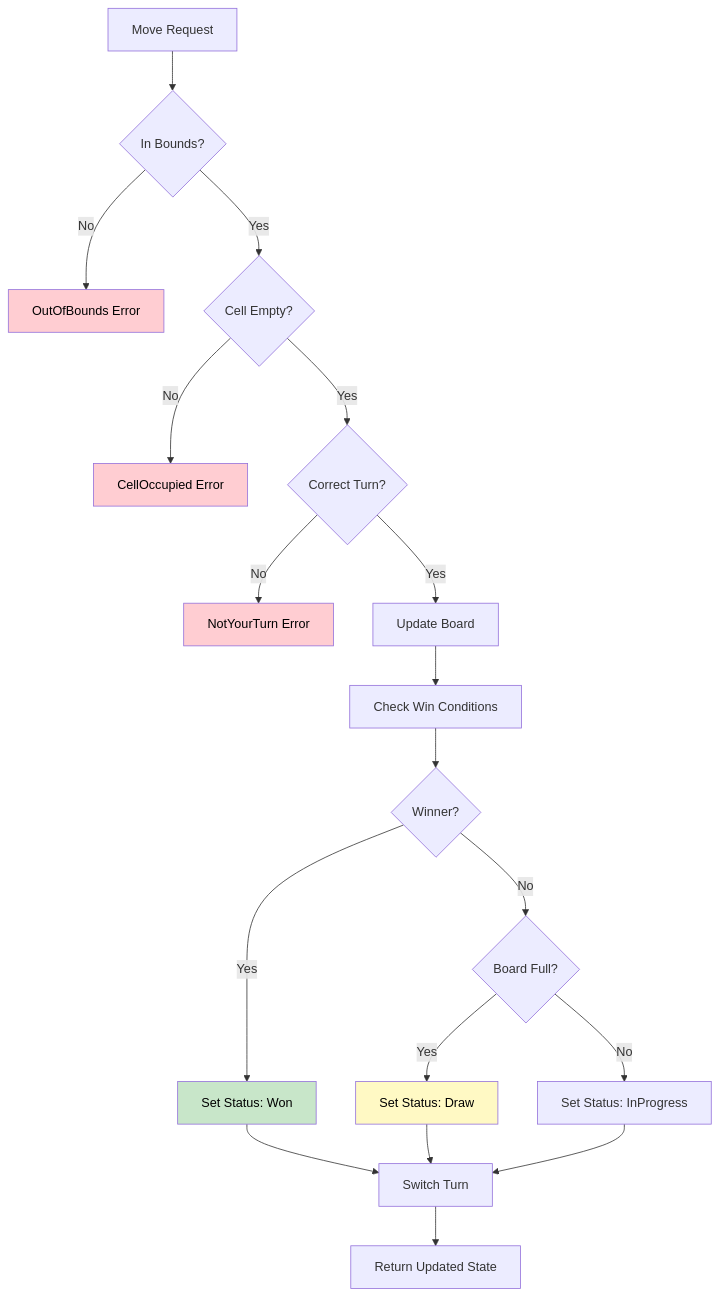
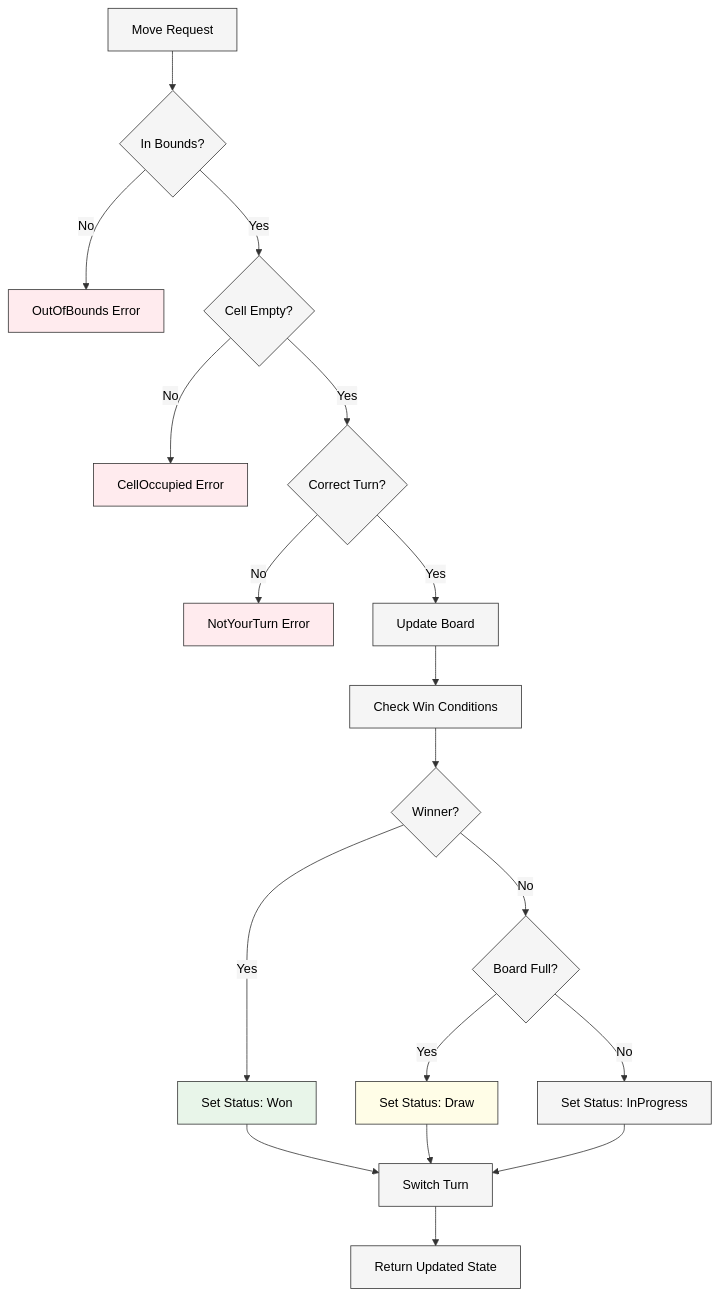
The third of 5 diagrams in wiki/Backend-Architecture.md (sw-game-dev/game-mcp-poc), drawn with Mermaid before and after one commit. The commit also changed other lines of this file and 6 other files, not shown here.

First line of the commit message:
fix: Improve mermaid diagram contrast with theme and lighter colors

````diff
--- a/wiki/Backend-Architecture.md
+++ b/wiki/Backend-Architecture.md
@@ -155,26 +157,27 @@
 ```mermaid
+%%{init: {'theme':'base', 'themeVariables': {'primaryColor':'#f5f5f5','primaryTextColor':'#000','primaryBorderColor':'#333','lineColor':'#333','secondaryColor':'#f5f5f5','tertiaryColor':'#f5f5f5'}}}%%
 graph TD
     A[Move Request] --> B{In Bounds?}
     B -->|No| C[OutOfBounds Error]
     B -->|Yes| D{Cell Empty?}
     D -->|No| E[CellOccupied Error]
     D -->|Yes| F{Correct Turn?}
     F -->|No| G[NotYourTurn Error]
     F -->|Yes| H[Update Board]
     H --> I[Check Win Conditions]
     I --> J{Winner?}
     J -->|Yes| K[Set Status: Won]
     J -->|No| L{Board Full?}
     L -->|Yes| M[Set Status: Draw]
     L -->|No| N[Set Status: InProgress]
     K --> O[Switch Turn]
     M --> O
     N --> O
     O --> P[Return Updated State]
 
-    style C fill:#ffcdd2,color:#000
-    style E fill:#ffcdd2,color:#000
-    style G fill:#ffcdd2,color:#000
-    style K fill:#c8e6c9,color:#000
-    style M fill:#fff9c4,color:#000
+    style C fill:#ffebee,color:#000
+    style E fill:#ffebee,color:#000
+    style G fill:#ffebee,color:#000
+    style K fill:#e8f5e9,color:#000
+    style M fill:#fffde7,color:#000
 ```
````
